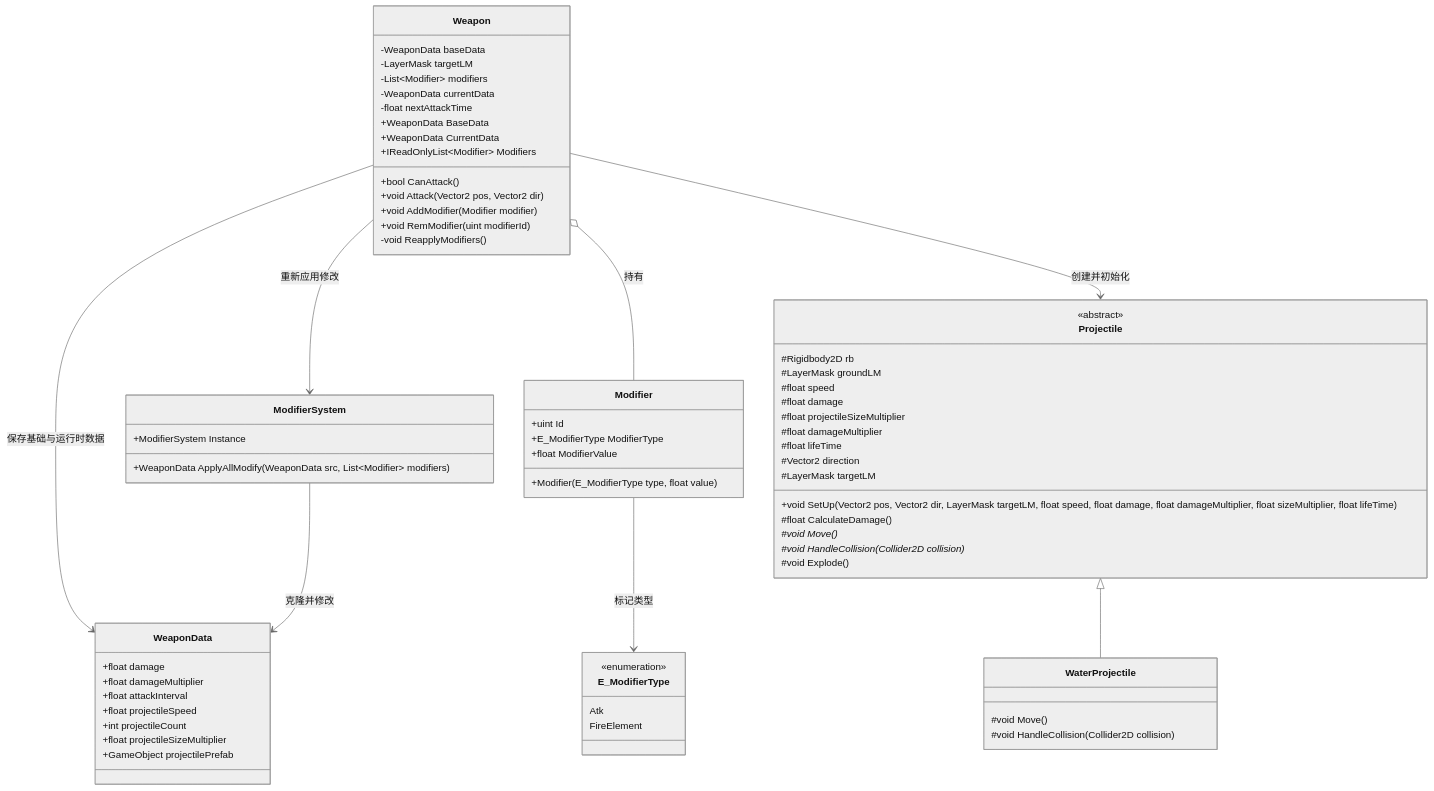
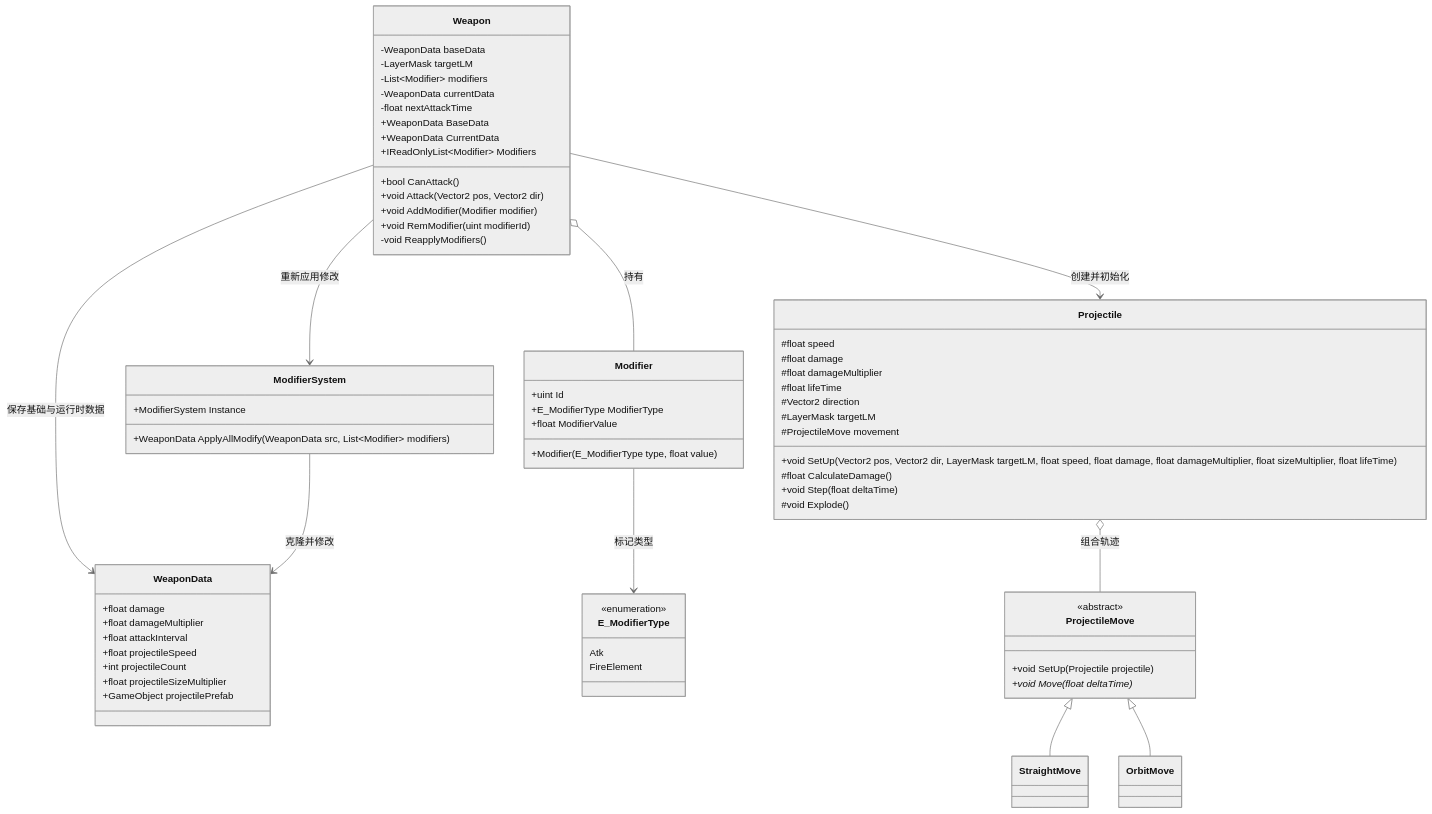
The first of 3 diagrams in TapGJ/Assets/Scripts/BattleSystem/Documentation~/BattleSystem_战斗系统.md (zzkts/26TapTapGameJam), drawn with Mermaid (neutral theme) before and after one commit. The commit also changed other lines of this file and 1313 other files, not shown here.

````diff
--- a/TapGJ/Assets/Scripts/BattleSystem/Documentation~/BattleSystem_战斗系统.md
+++ b/TapGJ/Assets/Scripts/BattleSystem/Documentation~/BattleSystem_战斗系统.md
@@ -94,77 +97,79 @@
 ```mermaid
 classDiagram
     class Weapon {
         -WeaponData baseData
         -LayerMask targetLM
         -List~Modifier~ modifiers
         -WeaponData currentData
         -float nextAttackTime
         +WeaponData BaseData
         +WeaponData CurrentData
         +IReadOnlyList~Modifier~ Modifiers
         +bool CanAttack()
         +void Attack(Vector2 pos, Vector2 dir)
         +void AddModifier(Modifier modifier)
         +void RemModifier(uint modifierId)
         -void ReapplyModifiers()
     }
 
     class WeaponData {
         +float damage
         +float damageMultiplier
         +float attackInterval
         +float projectileSpeed
         +int projectileCount
         +float projectileSizeMultiplier
         +GameObject projectilePrefab
     }
 
     class Modifier {
         +uint Id
         +E_ModifierType ModifierType
         +float ModifierValue
         +Modifier(E_ModifierType type, float value)
     }
 
     class E_ModifierType {
         <<enumeration>>
         Atk
         FireElement
     }
 
     class ModifierSystem {
         +ModifierSystem Instance
         +WeaponData ApplyAllModify(WeaponData src, List~Modifier~ modifiers)
     }
 
     class Projectile {
-        <<abstract>>
-        #Rigidbody2D rb
-        #LayerMask groundLM
         #float speed
         #float damage
-        #float projectileSizeMultiplier
         #float damageMultiplier
         #float lifeTime
         #Vector2 direction
         #LayerMask targetLM
+        #ProjectileMove movement
         +void SetUp(Vector2 pos, Vector2 dir, LayerMask targetLM, float speed, float damage, float damageMultiplier, float sizeMultiplier, float lifeTime)
         #float CalculateDamage()
-        #void Move()*
-        #void HandleCollision(Collider2D collision)*
+        +void Step(float deltaTime)
         #void Explode()
     }
 
-    class WaterProjectile {
-        #void Move()
-        #void HandleCollision(Collider2D collision)
+    class ProjectileMove {
+        <<abstract>>
+        +void SetUp(Projectile projectile)
+        +void Move(float deltaTime)*
     }
+
+    class StraightMove
+    class OrbitMove
 
     Weapon --> WeaponData : 保存基础与运行时数据
     Weapon o-- Modifier : 持有
     Modifier --> E_ModifierType : 标记类型
     Weapon --> ModifierSystem : 重新应用修改
     ModifierSystem --> WeaponData : 克隆并修改
     Weapon --> Projectile : 创建并初始化
-    Projectile <|-- WaterProjectile
+    Projectile o-- ProjectileMove : 组合轨迹
+    ProjectileMove <|-- StraightMove
+    ProjectileMove <|-- OrbitMove
 ```
````
